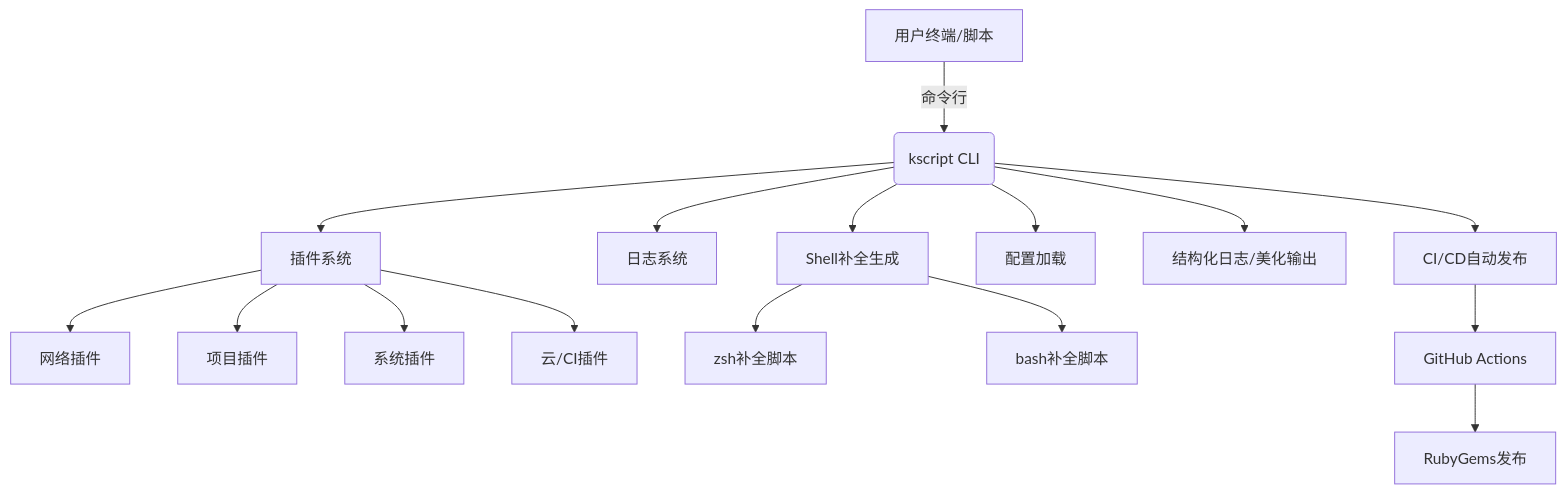
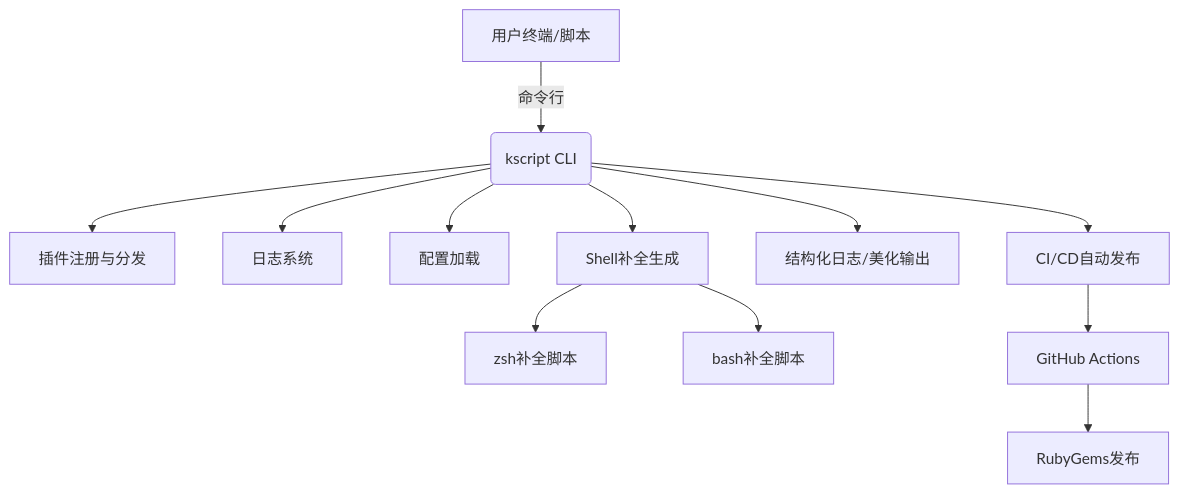
One commit to kevin197011/kscript changed the diagram in README.md. Above: the diagram before and after it, drawn with Mermaid. The commit also changed other lines of this file, not shown here.

````diff
--- a/README.md
+++ b/README.md
@@ -21,18 +21,14 @@
 ```mermaid
 graph TD
   A[用户终端/脚本] -->|命令行| B(kscript CLI)
-  B --> C1[插件系统]
-  C1 --> D1[网络插件]
-  C1 --> D2[项目插件]
-  C1 --> D3[系统插件]
-  C1 --> D4[云/CI插件]
-  B --> E[日志系统]
+  B --> C[插件注册与分发]
+  B --> D[日志系统]
+  B --> E[配置加载]
   B --> F[Shell补全生成]
-  B --> G[配置加载]
-  B --> H[结构化日志/美化输出]
-  B --> I[CI/CD自动发布]
-  F --> J1[zsh补全脚本]
-  F --> J2[bash补全脚本]
-  I --> K[GitHub Actions]
-  K --> L[RubyGems发布]
+  B --> G[结构化日志/美化输出]
+  B --> H[CI/CD自动发布]
+  F --> I1[zsh补全脚本]
+  F --> I2[bash补全脚本]
+  H --> J[GitHub Actions]
+  J --> K[RubyGems发布]
 ```
````
